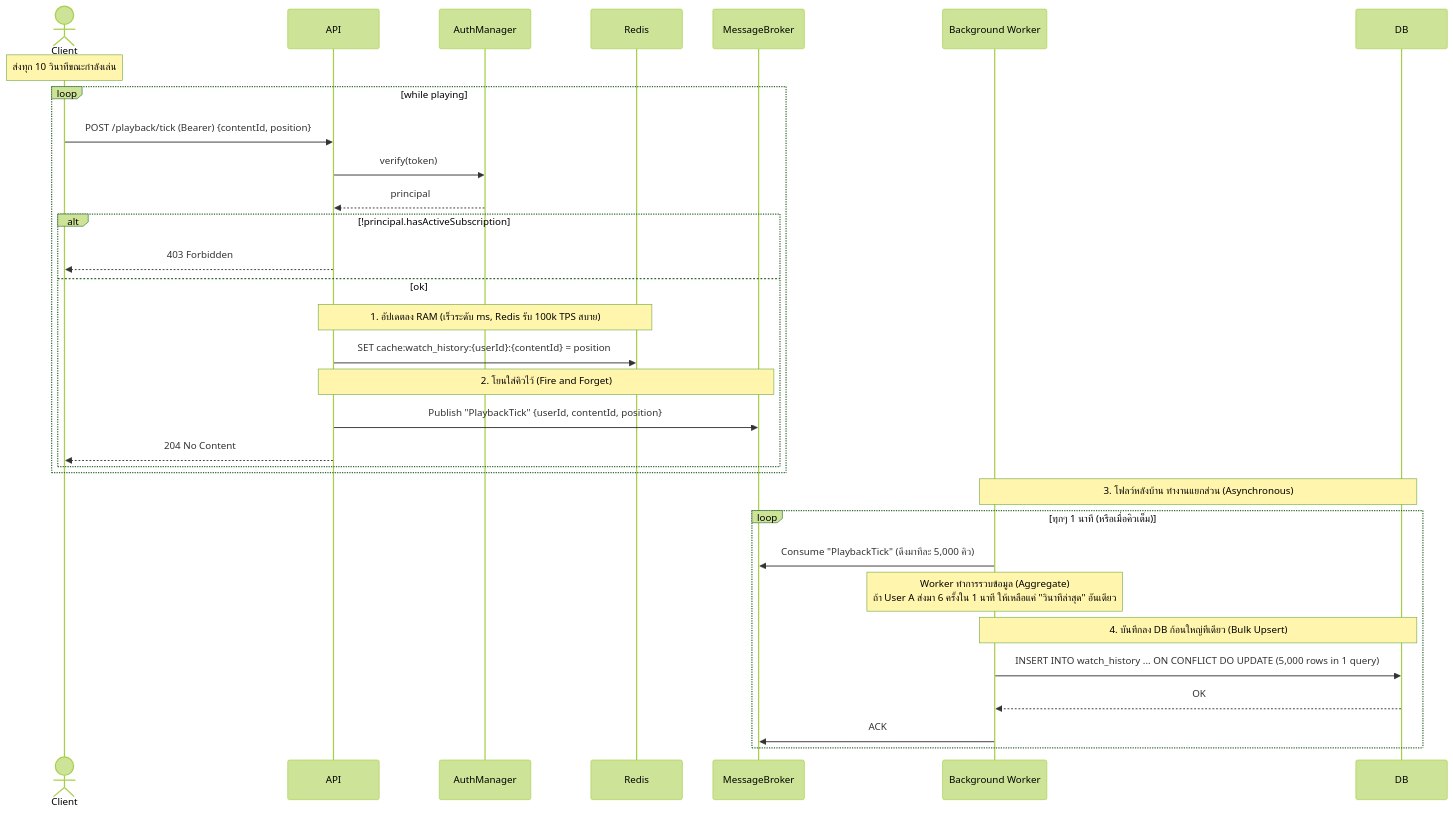
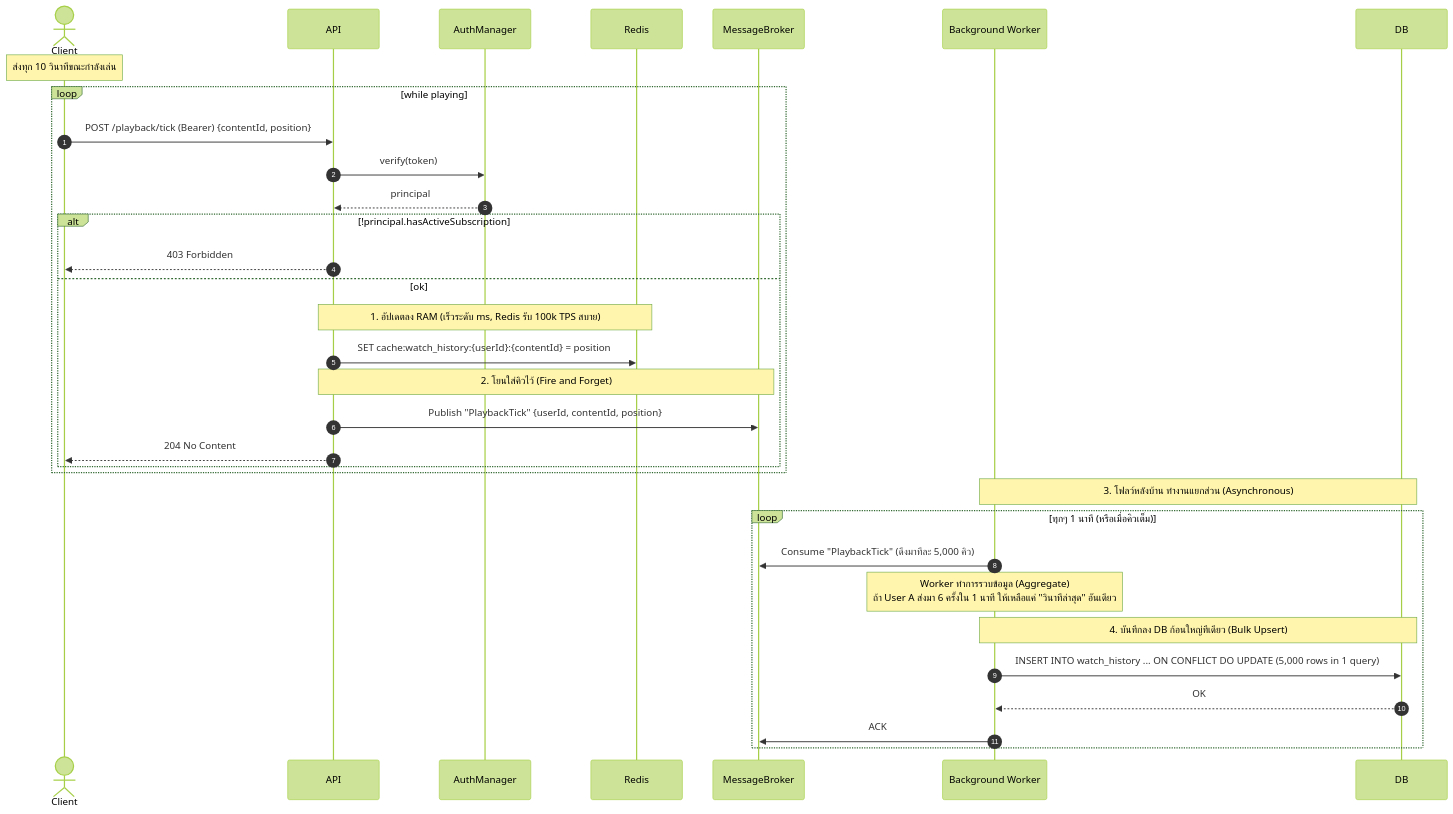
One commit to Bank-e/Music-Video-Streaming-Subscription-System changed the first of 4 diagrams in doc/sequence_05_playback.md. Above: the diagram before and after it, drawn with Mermaid (forest theme). The commit also changed other lines of this file and 4 other files, not shown here.

````diff
--- a/doc/sequence_05_playback.md
+++ b/doc/sequence_05_playback.md
@@ -5,41 +5,42 @@
 ```mermaid
 sequenceDiagram
+    autonumber
     actor Client
     participant API
     participant AM as AuthManager
     participant Cache as Redis
     participant MQ as MessageBroker
     participant Worker as Background Worker
     participant DB
 
     Note over Client: ส่งทุก 10 วินาทีขณะกำลังเล่น
     loop while playing
         Client->>API: POST /playback/tick (Bearer) {contentId, position}
         API->>AM: verify(token)
         AM-->>API: principal
 
         alt !principal.hasActiveSubscription
             API-->>Client: 403 Forbidden
         else ok
             Note over API,Cache: 1. อัปเดตลง RAM (เร็วระดับ ms, Redis รับ 100k TPS สบาย)
             API->>Cache: SET cache:watch_history:{userId}:{contentId} = position
 
             Note over API,MQ: 2. โยนใส่คิวไว้ (Fire and Forget)
             API->>MQ: Publish "PlaybackTick" {userId, contentId, position}
 
             API-->>Client: 204 No Content
         end
     end
 
     Note over Worker,DB: 3. โฟลว์หลังบ้าน ทำงานแยกส่วน (Asynchronous)
     loop ทุกๆ 1 นาที (หรือเมื่อคิวเต็ม)
         Worker->>MQ: Consume "PlaybackTick" (ดึงมาทีละ 5,000 คิว)
 
         Note over Worker: Worker ทำการรวบข้อมูล (Aggregate)<br/>ถ้า User A ส่งมา 6 ครั้งใน 1 นาที ให้เหลือแค่ "วินาทีล่าสุด" อันเดียว
 
         Note over Worker,DB: 4. บันทึกลง DB ก้อนใหญ่ทีเดียว (Bulk Upsert)
         Worker->>DB: INSERT INTO watch_history ... ON CONFLICT DO UPDATE (5,000 rows in 1 query)
         DB-->>Worker: OK
         Worker->>MQ: ACK
     end
 ```
````
